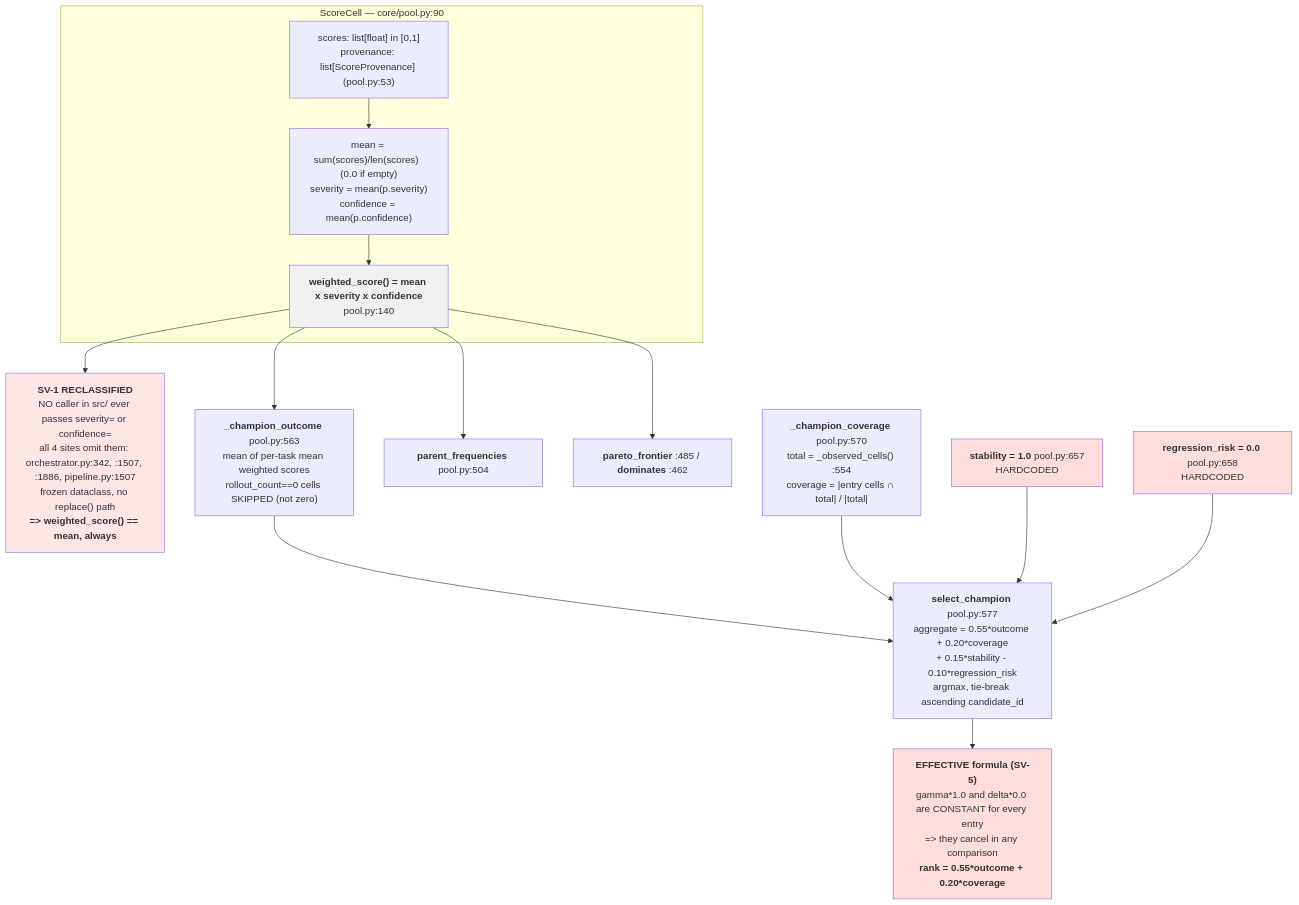
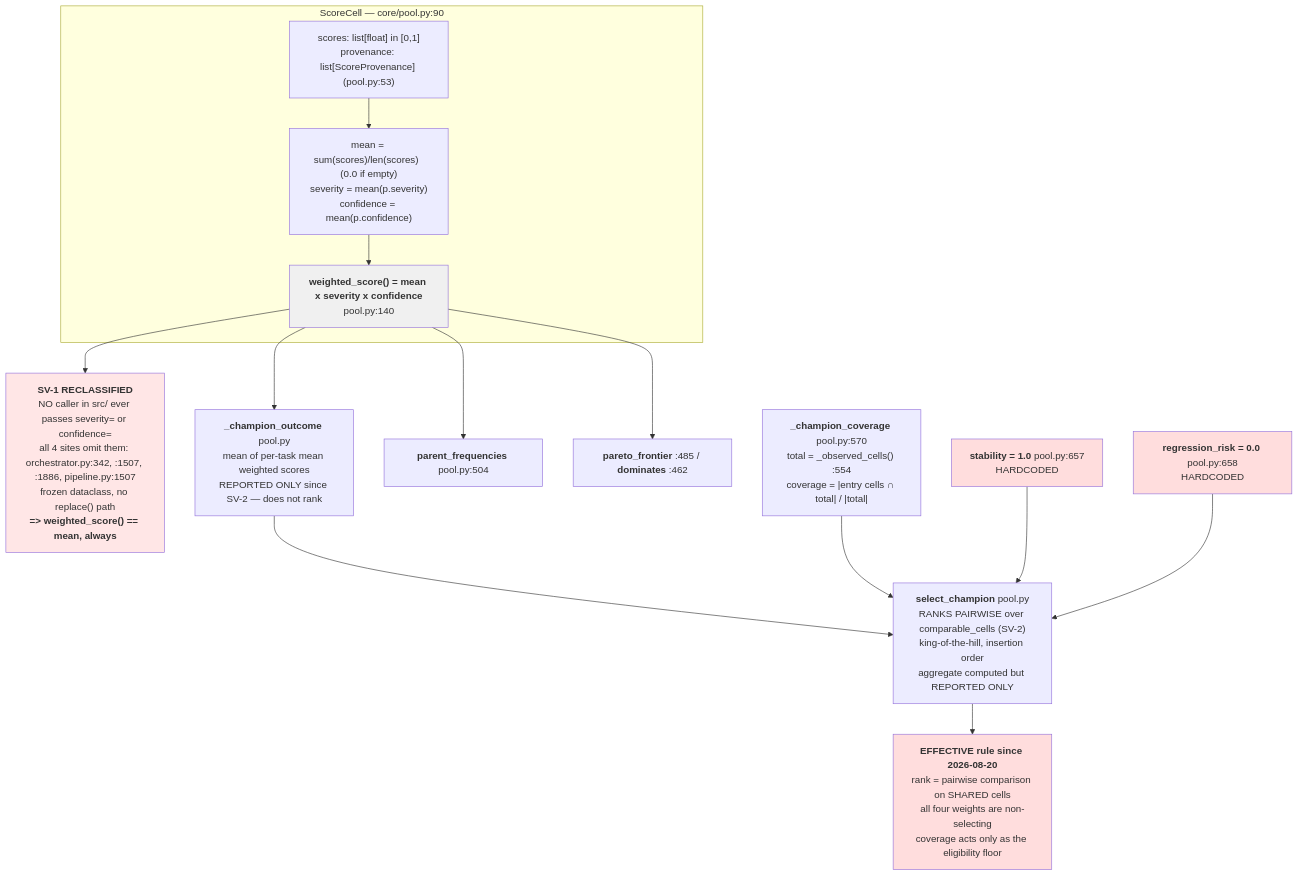
Before and after one commit to one-little-step/AgentEvolve: the fourth of 10 diagrams in docs/architecture/IMPLEMENTED-PIPELINE-MAP.md, drawn with Mermaid. The commit also changed other lines of this file and 65 other files, not shown here.

````diff
--- a/docs/architecture/IMPLEMENTED-PIPELINE-MAP.md
+++ b/docs/architecture/IMPLEMENTED-PIPELINE-MAP.md
@@ -182,30 +185,30 @@
 ```mermaid
 flowchart TB
     subgraph CELL["ScoreCell — core/pool.py:90"]
       C1["scores: list[float] in [0,1]<br/>provenance: list[ScoreProvenance] (pool.py:53)"]
       C2["mean = sum(scores)/len(scores)  (0.0 if empty)<br/>severity = mean(p.severity)<br/>confidence = mean(p.confidence)"]
       C3["<b>weighted_score() = mean x severity x confidence</b><br/>pool.py:140"]
       C1-->C2-->C3
     end
 
     C3 --> INERT["<b>SV-1 RECLASSIFIED</b><br/>NO caller in src/ ever passes severity= or confidence=<br/>all 4 sites omit them: orchestrator.py:342, :1507, :1886, pipeline.py:1507<br/>frozen dataclass, no replace() path<br/><b>=> weighted_score() == mean, always</b>"]
 
-    C3 --> OUT["<b>_champion_outcome</b> pool.py:563<br/>mean of per-task mean weighted scores<br/>rollout_count==0 cells SKIPPED (not zero)"]
+    C3 --> OUT["<b>_champion_outcome</b> pool.py<br/>mean of per-task mean weighted scores<br/>REPORTED ONLY since SV-2 — does not rank"]
     C3 --> PF["<b>parent_frequencies</b> pool.py:504"]
     C3 --> PAR["<b>pareto_frontier</b> :485 / <b>dominates</b> :462"]
 
     OUT --> AGG
     COV["<b>_champion_coverage</b> pool.py:570<br/>total = _observed_cells() :554<br/>coverage = |entry cells &cap; total| / |total|"] --> AGG
     STAB["<b>stability = 1.0</b> pool.py:657<br/>HARDCODED"] --> AGG
     RISK["<b>regression_risk = 0.0</b> pool.py:658<br/>HARDCODED"] --> AGG
 
-    AGG["<b>select_champion</b> pool.py:577<br/>aggregate = 0.55*outcome + 0.20*coverage<br/>+ 0.15*stability - 0.10*regression_risk<br/>argmax, tie-break ascending candidate_id"]
+    AGG["<b>select_champion</b> pool.py<br/>RANKS PAIRWISE over comparable_cells (SV-2)<br/>king-of-the-hill, insertion order<br/>aggregate computed but REPORTED ONLY"]
 
-    AGG --> EFF["<b>EFFECTIVE formula (SV-5)</b><br/>gamma*1.0 and delta*0.0 are CONSTANT for every entry<br/>=> they cancel in any comparison<br/><b>rank = 0.55*outcome + 0.20*coverage</b>"]
+    AGG --> EFF["<b>EFFECTIVE rule since 2026-08-20</b><br/>rank = pairwise comparison on SHARED cells<br/>all four weights are non-selecting<br/>coverage acts only as the eligibility floor"]
 
     style INERT fill:#ffe6e6
     style STAB fill:#ffdddd
     style RISK fill:#ffdddd
     style EFF fill:#ffdddd
     style C3 fill:#f0f0f0
 ```
````
